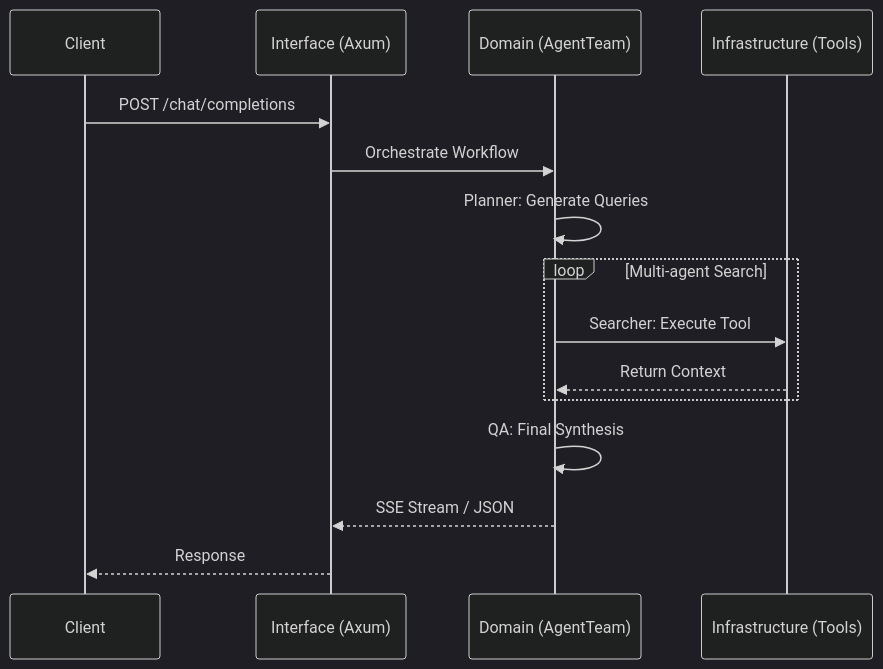
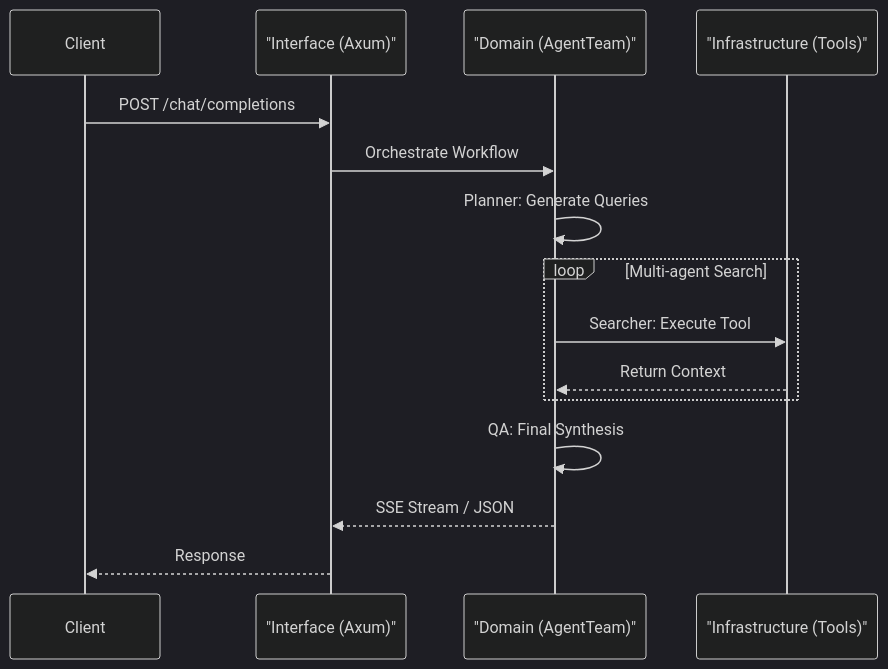
Before and after one commit to lgcorzo/fastapi-autogen-team: the second of 2 diagrams in README.md, drawn with Mermaid (dark theme). The commit also changed other lines of this file, not shown here.

Commit message:
docs: fix Mermaid diagram syntax errors in README.md

````diff
--- a/README.md
+++ b/README.md
@@ -90,18 +90,18 @@
 ```mermaid
 sequenceDiagram
     participant C as Client
-    participant I as Interface (Axum)
-    participant D as Domain (AgentTeam)
-    participant Inf as Infrastructure (Tools)
+    participant I as "Interface (Axum)"
+    participant D as "Domain (AgentTeam)"
+    participant Inf as "Infrastructure (Tools)"
 
     C->>I: POST /chat/completions
     I->>D: Orchestrate Workflow
     D->>D: Planner: Generate Queries
     loop Multi-agent Search
         D->>Inf: Searcher: Execute Tool
         Inf-->>D: Return Context
     end
     D->>D: QA: Final Synthesis
     D-->>I: SSE Stream / JSON
     I-->>C: Response
 ```
````
